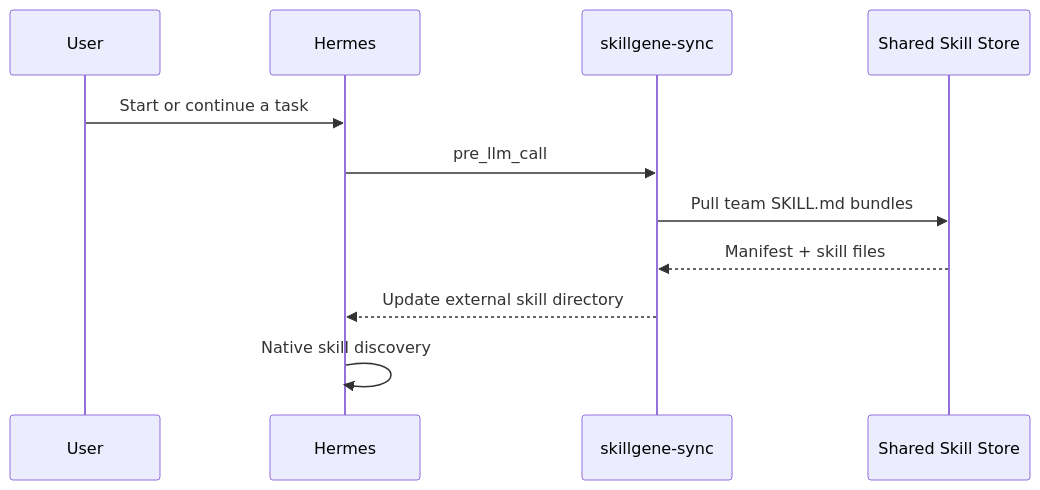
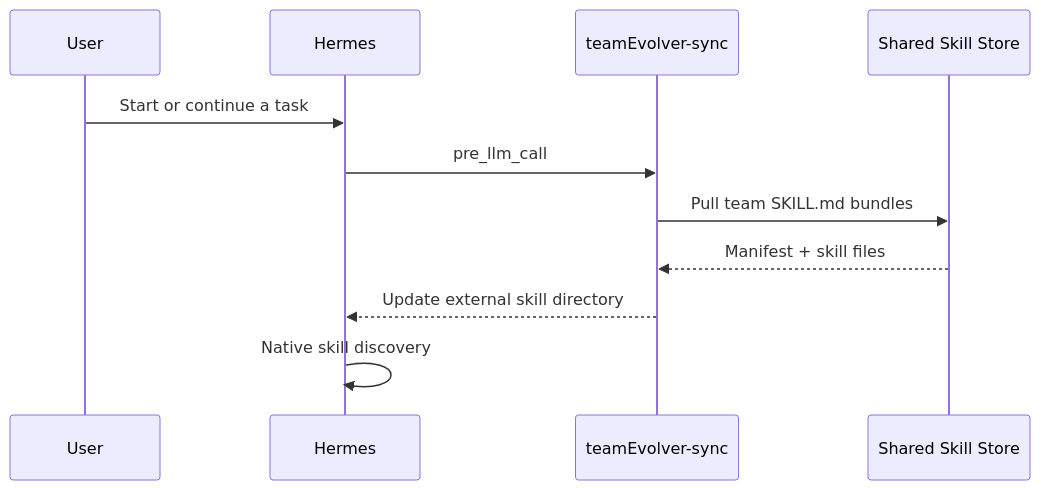
One commit to leoriczhang/teamEvolver changed the third of 4 diagrams in README.md. Above: the diagram before and after it, drawn with Mermaid. The commit also changed other lines of this file and 127 other files, not shown here.

Commit message:
Rename project to teamEvolver

````diff
--- a/README.md
+++ b/README.md
@@ -394,14 +394,14 @@
 ```mermaid
 sequenceDiagram
     participant User as User
     participant Agent as Hermes
-    participant Hook as skillgene-sync
+    participant Hook as teamEvolver-sync
     participant Store as Shared Skill Store
 
     User->>Agent: Start or continue a task
     Agent->>Hook: pre_llm_call
     Hook->>Store: Pull team SKILL.md bundles
     Store-->>Hook: Manifest + skill files
     Hook-->>Agent: Update external skill directory
     Agent->>Agent: Native skill discovery
 ```
````
